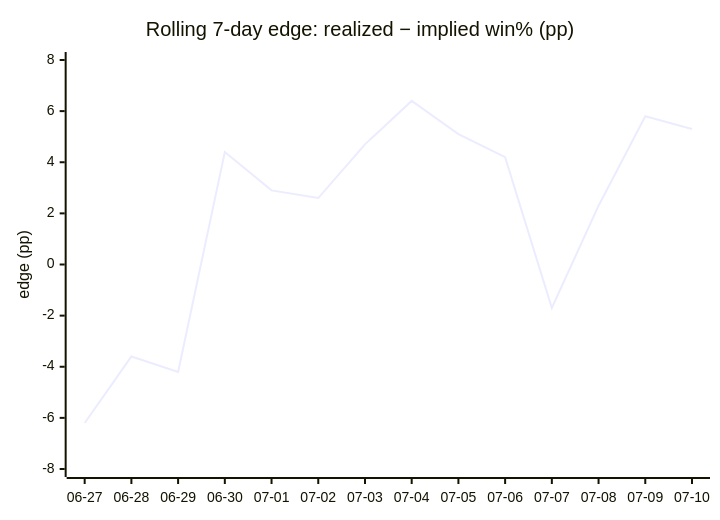
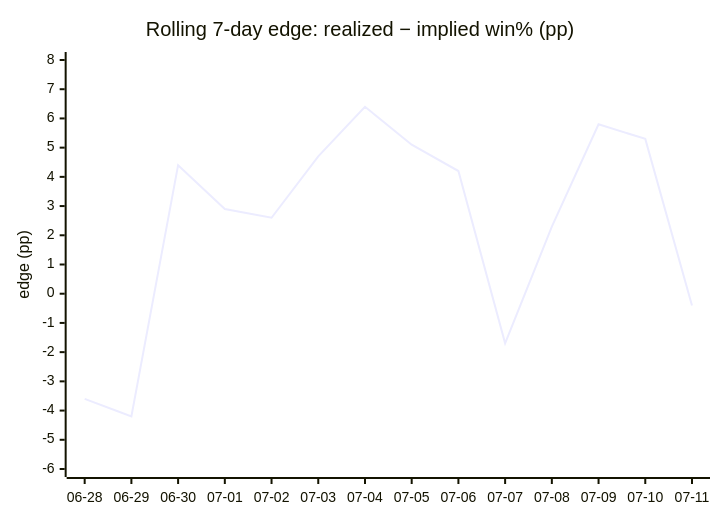
The fifth of 5 diagrams in DAILY_AGSU_REPORT.md (dpk1212/nhl-savant), drawn with Mermaid before and after one commit. The commit also changed other lines of this file, not shown here.

````diff
--- a/DAILY_AGSU_REPORT.md
+++ b/DAILY_AGSU_REPORT.md
@@ -550,7 +552,7 @@
 ```mermaid
 xychart-beta
     title "Rolling 7-day edge: realized − implied win% (pp)"
-    x-axis ["06-27", "06-28", "06-29", "06-30", "07-01", "07-02", "07-03", "07-04", "07-05", "07-06", "07-07", "07-08", "07-09", "07-10"]
-    y-axis "edge (pp)" -8 --> 8
-    line [-6.2, -3.6, -4.2, 4.4, 2.9, 2.6, 4.7, 6.4, 5.1, 4.2, -1.7, 2.3, 5.8, 5.3]
+    x-axis ["06-28", "06-29", "06-30", "07-01", "07-02", "07-03", "07-04", "07-05", "07-06", "07-07", "07-08", "07-09", "07-10", "07-11"]
+    y-axis "edge (pp)" -6 --> 8
+    line [-3.6, -4.2, 4.4, 2.9, 2.6, 4.7, 6.4, 5.1, 4.2, -1.7, 2.3, 5.8, 5.3, -0.4]
 ```
````
